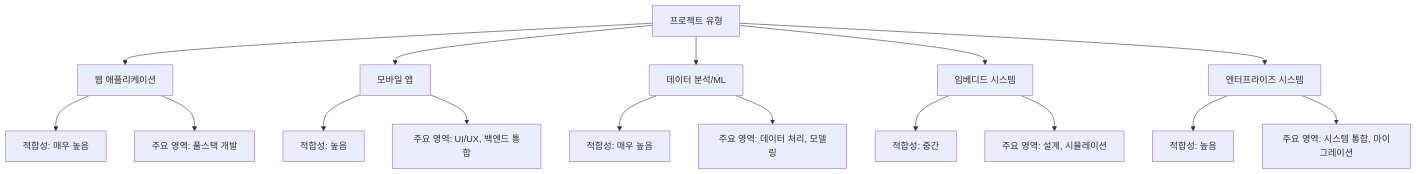
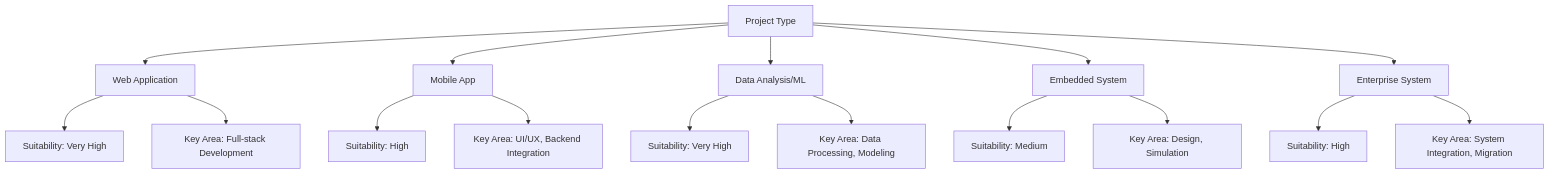
Before and after one commit to bbalganjjm/prompt-driven-development: the second of 3 diagrams in 1.prompt-driven-development-methodology-overview.md, drawn with Mermaid. The commit also changed other lines of this file and 4 other files, not shown here.

````diff
--- a/1.prompt-driven-development-methodology-overview.md
+++ b/1.prompt-driven-development-methodology-overview.md
@@ -131,23 +130,23 @@
 ```mermaid
 graph TD
-    A[프로젝트 유형] --> B[웹 애플리케이션]
-    A --> C[모바일 앱]
-    A --> D[데이터 분석/ML]
-    A --> E[임베디드 시스템]
-    A --> F[엔터프라이즈 시스템]
+    A[Project Type] --> B[Web Application]
+    A --> C[Mobile App]
+    A --> D[Data Analysis/ML]
+    A --> E[Embedded System]
+    A --> F[Enterprise System]
     
-    B --> B1[적합성: 매우 높음]
-    B --> B2[주요 영역: 풀스택 개발]
+    B --> B1[Suitability: Very High]
+    B --> B2[Key Area: Full-stack Development]
     
-    C --> C1[적합성: 높음]
-    C --> C2[주요 영역: UI/UX, 백엔드 통합]
+    C --> C1[Suitability: High]
+    C --> C2[Key Area: UI/UX, Backend Integration]
     
-    D --> D1[적합성: 매우 높음]
-    D --> D2[주요 영역: 데이터 처리, 모델링]
+    D --> D1[Suitability: Very High]
+    D --> D2[Key Area: Data Processing, Modeling]
     
-    E --> E1[적합성: 중간]
-    E --> E2[주요 영역: 설계, 시뮬레이션]
+    E --> E1[Suitability: Medium]
+    E --> E2[Key Area: Design, Simulation]
     
-    F --> F1[적합성: 높음]
-    F --> F2[주요 영역: 시스템 통합, 마이그레이션]
+    F --> F1[Suitability: High]
+    F --> F2[Key Area: System Integration, Migration]
 ```
````
